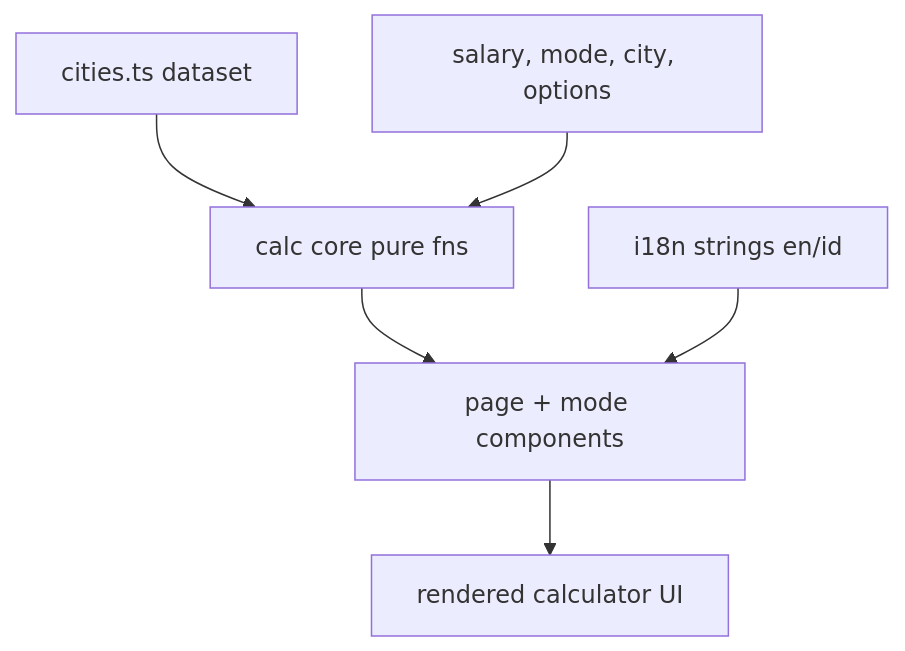
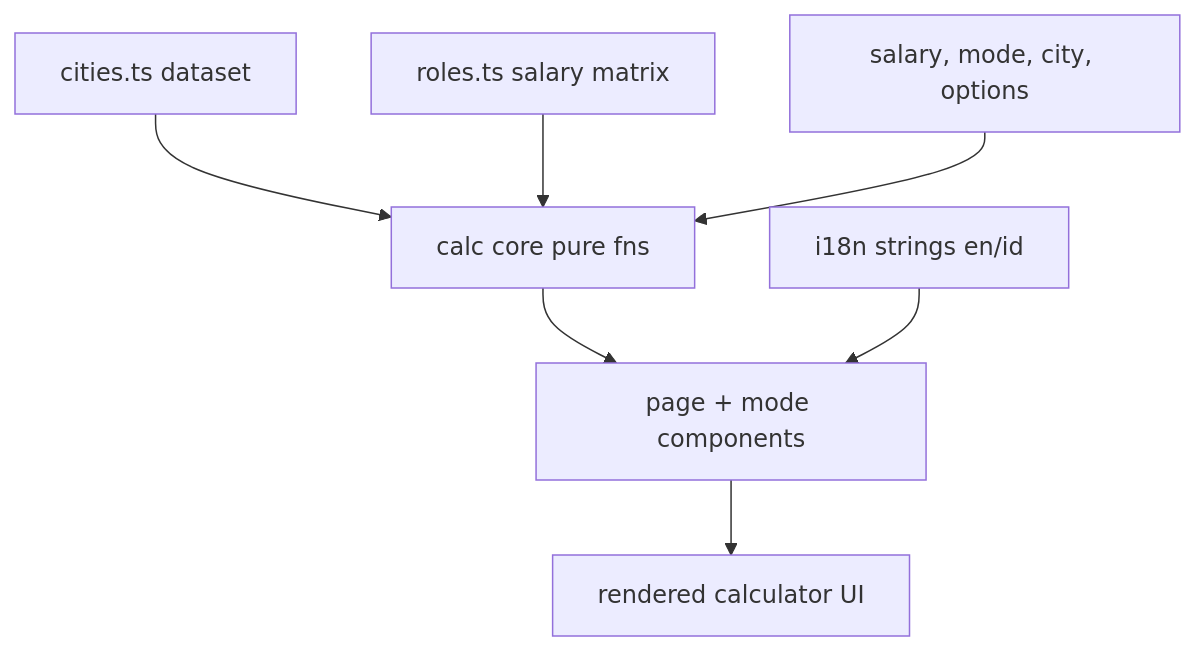
Before and after one commit to wahidyankf/baseerah: the first of 3 diagrams in plans/in-progress/ayokoding-www-salary-savings-calculator/tech-docs.md, drawn with Mermaid. The commit also changed other lines of this file and 9 other files, not shown here.

````diff
--- a/plans/in-progress/ayokoding-www-salary-savings-calculator/tech-docs.md
+++ b/plans/in-progress/ayokoding-www-salary-savings-calculator/tech-docs.md
@@ -14,8 +16,9 @@
 ```mermaid
 flowchart TD
     A[cities.ts dataset] --> B[calc core pure fns]
+    G[roles.ts salary matrix] --> B
     C[salary, mode, city, options] --> B
     B --> D[page + mode components]
     E[i18n strings en/id] --> D
     D --> F[rendered calculator UI]
 ```
````
